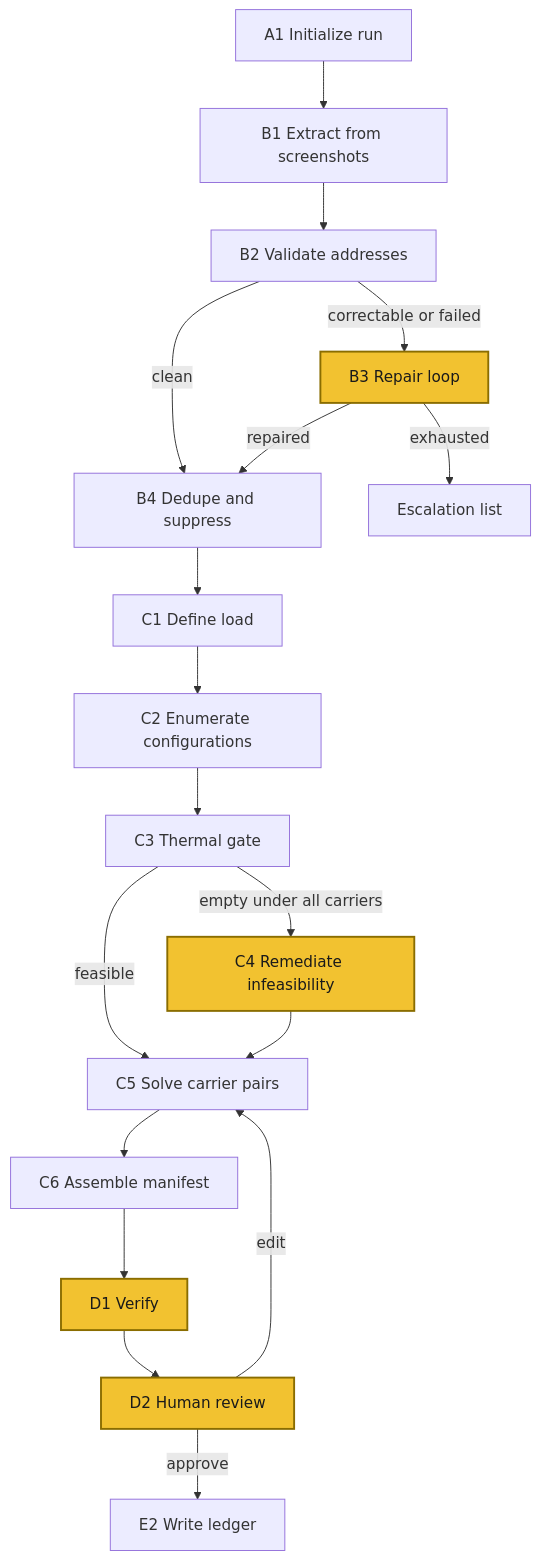
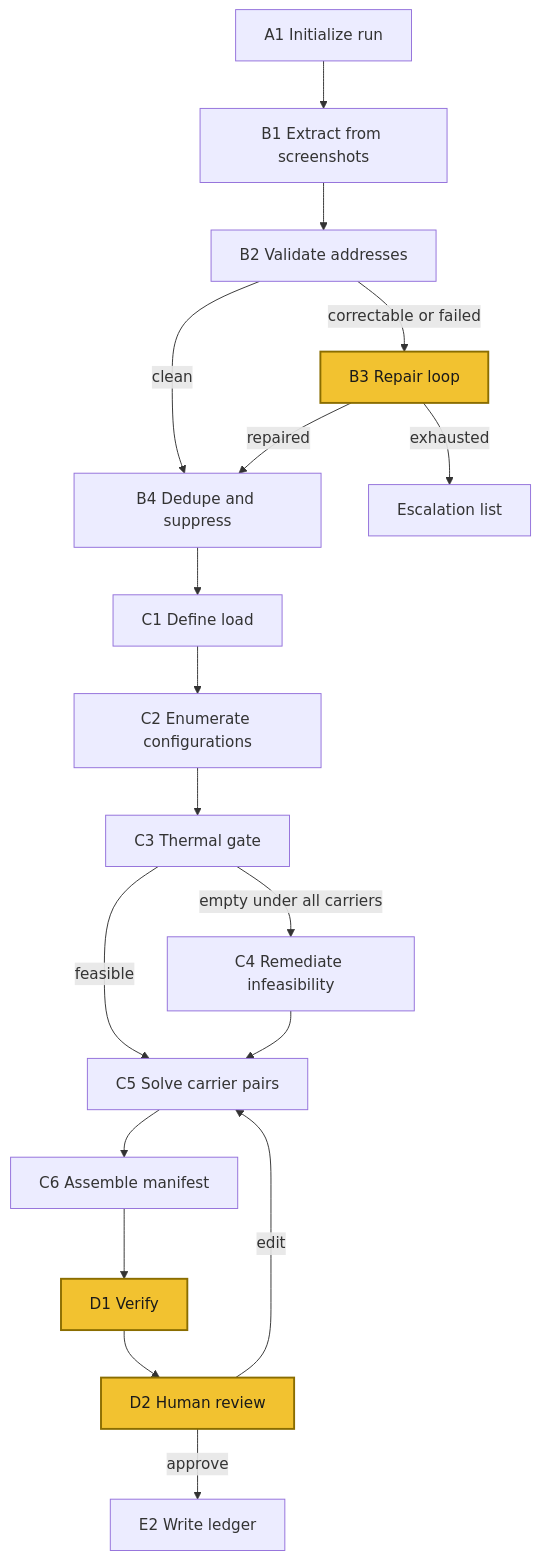
Before and after one commit to jeremy-m-mcgee/bbq-shipment-agent: the diagram in docs/design.md, drawn with Mermaid. The commit also changed other lines of this file and 10 other files, not shown here.

````diff
--- a/docs/design.md
+++ b/docs/design.md
@@ -78,23 +78,23 @@
 ```mermaid
 flowchart TD
     A1[A1 Initialize run] --> B1[B1 Extract from screenshots]
     B1 --> B2[B2 Validate addresses]
     B2 -->|clean| B4[B4 Dedupe and suppress]
     B2 -->|correctable or failed| B3[B3 Repair loop]
     B3 -->|repaired| B4
     B3 -->|exhausted| ESC[Escalation list]
     B4 --> C1[C1 Define load]
     C1 --> C2[C2 Enumerate configurations]
     C2 --> C3[C3 Thermal gate]
     C3 -->|feasible| C5[C5 Solve carrier pairs]
     C3 -->|empty under all carriers| C4[C4 Remediate infeasibility]
     C4 --> C5
     C5 --> C6[C6 Assemble manifest]
     C6 --> D1[D1 Verify]
     D1 --> D2[D2 Human review]
     D2 -->|edit| C5
     D2 -->|approve| E2[E2 Write ledger]
 
     classDef agentic fill:#F2C230,stroke:#8A6D00,stroke-width:2px,color:#1A1A1A
-    class B3,C4,D1,D2 agentic
+    class B3,D1,D2 agentic
 ```
````
